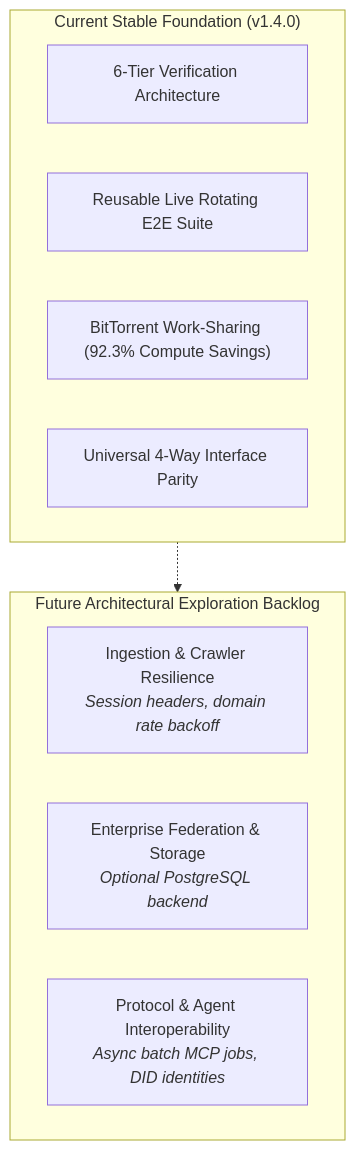
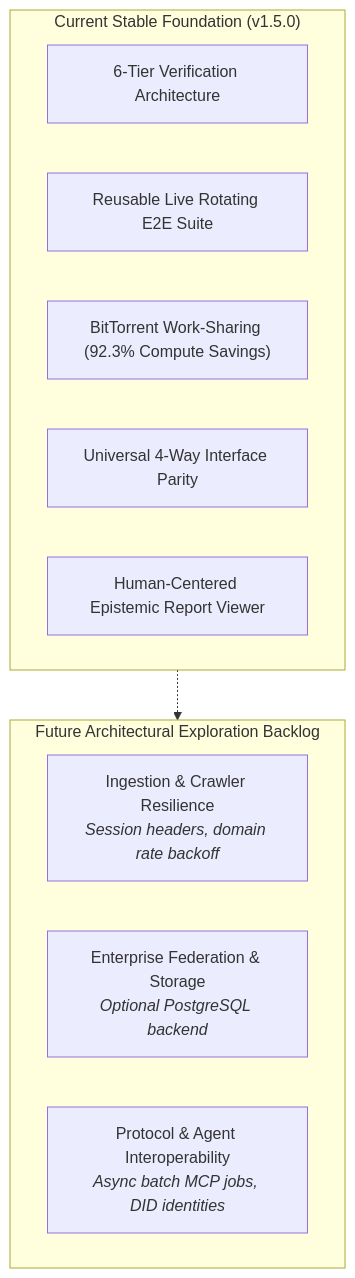
Before and after one commit to artibyrd/credence-docs: the diagram in docs/roadmap.md, drawn with Mermaid. The commit also changed 4 other files, not shown here.

Commit message:
feat(report-viewer): human-centered report viewer across all 4 interfaces (v1.5.0)

````diff
--- a/docs/roadmap.md
+++ b/docs/roadmap.md
@@ -15,17 +15,18 @@
 ```mermaid
 flowchart TD
-    subgraph CoreEngine ["Current Stable Foundation (v1.4.0)"]
+    subgraph CoreEngine ["Current Stable Foundation (v1.5.0)"]
         S1["6-Tier Verification Architecture"]
         S2["Reusable Live Rotating E2E Suite"]
         S3["BitTorrent Work-Sharing (92.3% Compute Savings)"]
         S4["Universal 4-Way Interface Parity"]
+        S5["Human-Centered Epistemic Report Viewer"]
     end
 
     subgraph Backlog ["Future Architectural Exploration Backlog"]
         B1["Ingestion & Crawler Resilience<br/><i>Session headers, domain rate backoff</i>"]
         B2["Enterprise Federation & Storage<br/><i>Optional PostgreSQL backend</i>"]
         B3["Protocol & Agent Interoperability<br/><i>Async batch MCP jobs, DID identities</i>"]
     end
 
     CoreEngine -.-> Backlog
 ```
````
